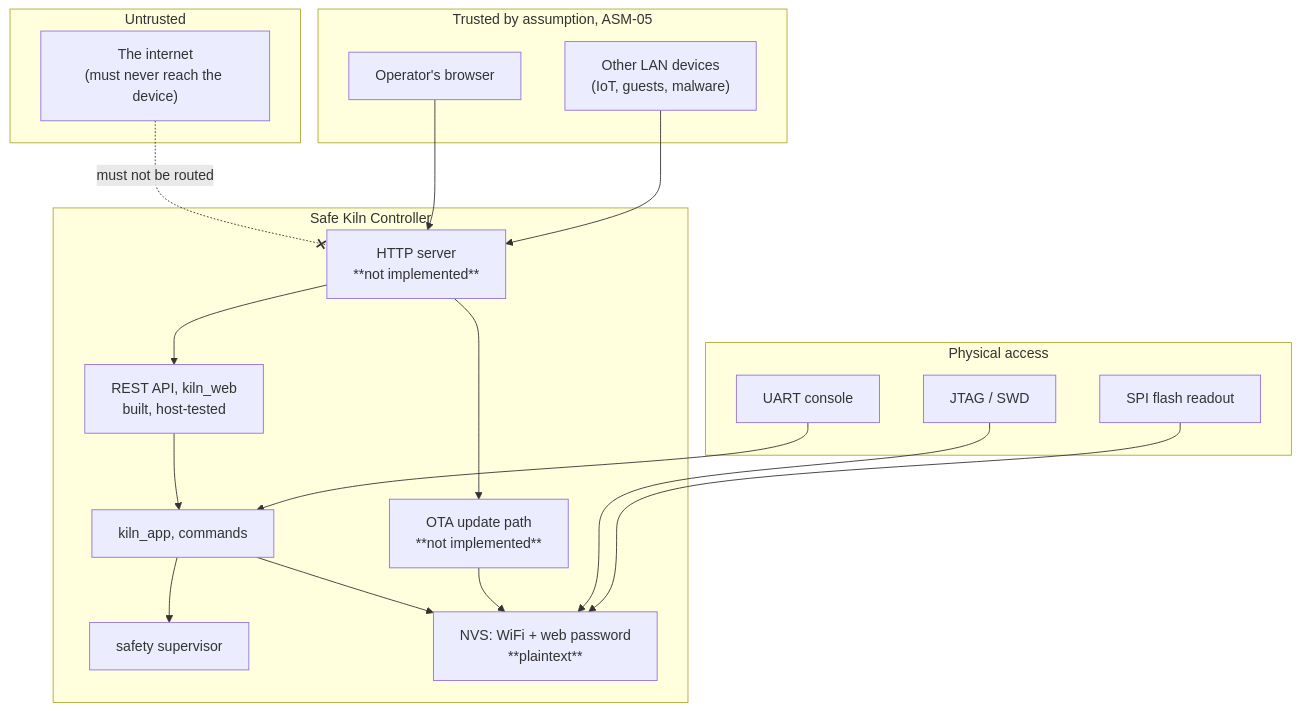
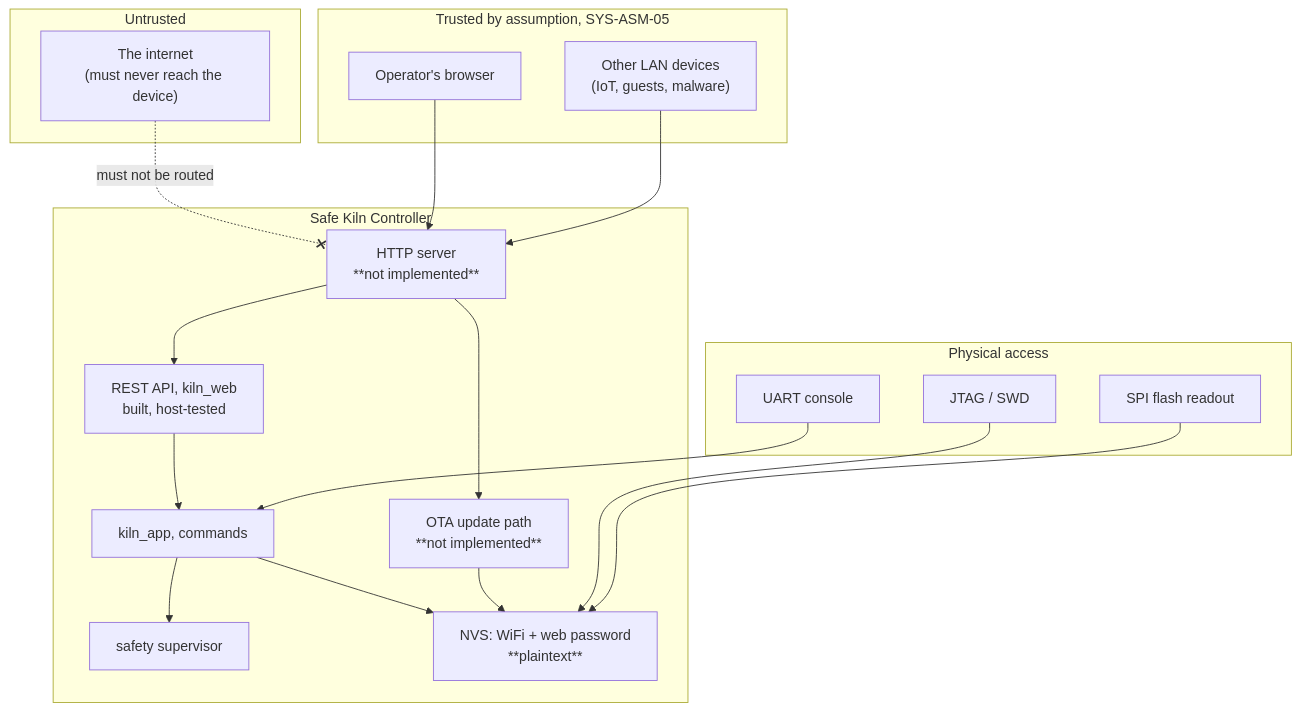
One commit to bitcrushtesting/SafeKilnController changed the diagram in docs/security.md. Above: the diagram before and after it, drawn with Mermaid. The commit also changed other lines of this file and 166 other files, not shown here.

````diff
--- a/docs/security.md
+++ b/docs/security.md
@@ -103,32 +103,32 @@
 ```mermaid
 flowchart TB
     subgraph UNTRUSTED["Untrusted"]
         INET["The internet<br/>(must never reach the device)"]
     end
-    subgraph LAN["Trusted by assumption, ASM-05"]
+    subgraph LAN["Trusted by assumption, SYS-ASM-05"]
         BROWSER["Operator's browser"]
         OTHER["Other LAN devices<br/>(IoT, guests, malware)"]
     end
     subgraph DEVICE["Safe Kiln Controller"]
         HTTP["HTTP server<br/>**not implemented**"]
         API["REST API, kiln_web<br/>built, host-tested"]
         APP["kiln_app, commands"]
         SAFE["safety supervisor"]
         NVS["NVS: WiFi + web password<br/>**plaintext**"]
         OTA["OTA update path<br/>**not implemented**"]
     end
     subgraph PHYS["Physical access"]
         UART["UART console"]
         JTAG["JTAG / SWD"]
         FLASH["SPI flash readout"]
     end
     INET -. "must not be routed" .-x HTTP
     BROWSER --> HTTP
     OTHER --> HTTP
     HTTP --> API --> APP --> SAFE
     APP --> NVS
     HTTP --> OTA --> NVS
     UART --> APP
     JTAG --> NVS
     FLASH --> NVS
 ```
````
